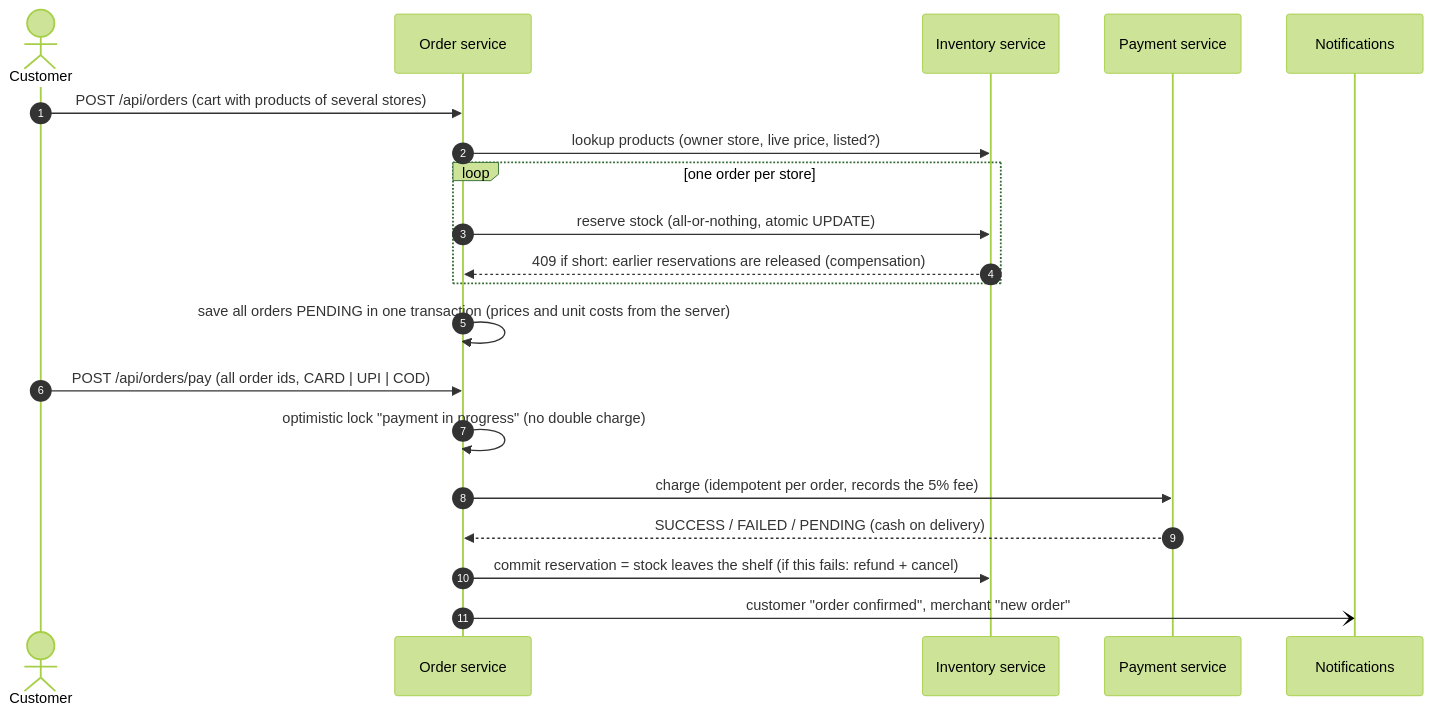
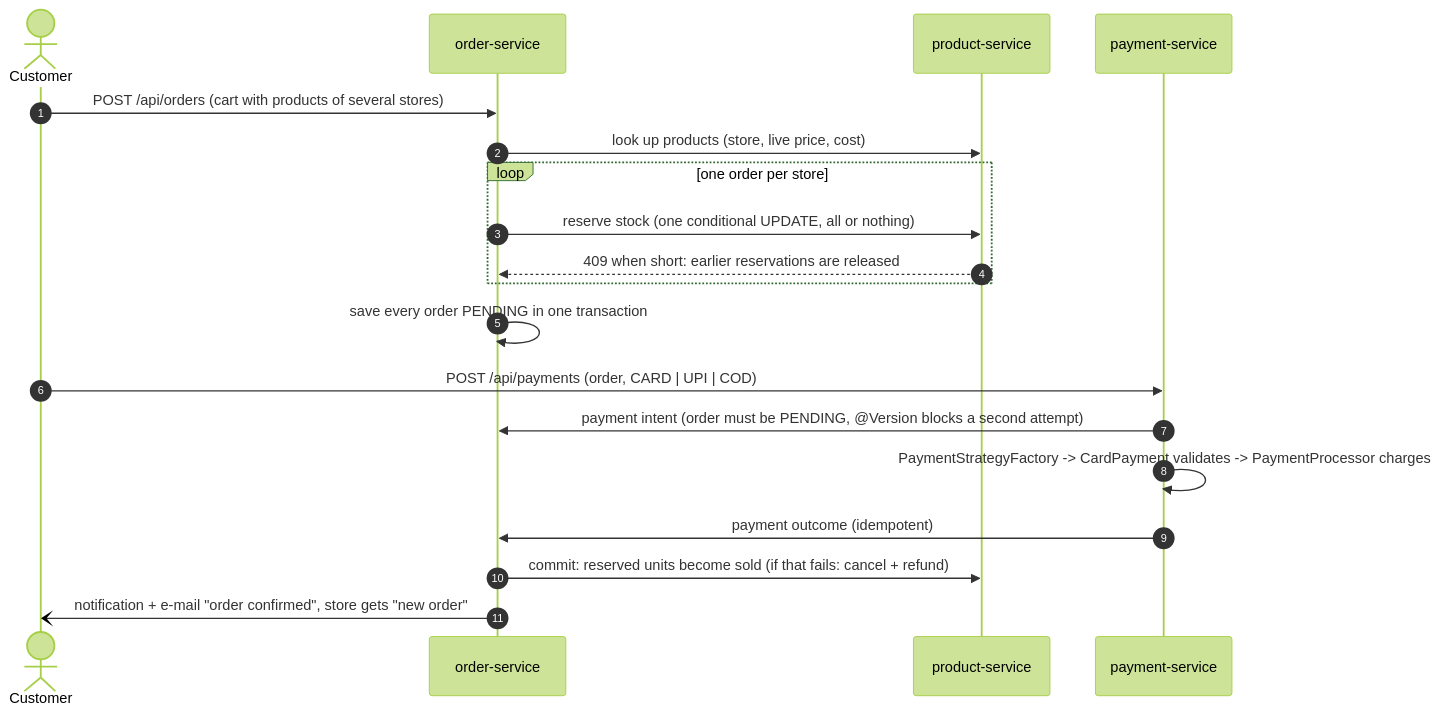
Before and after one commit to kushkumarsriwas/enterprise-order-platform: the second of 3 diagrams in README.md, drawn with Mermaid (forest theme). The commit also changed other lines of this file and 9 other files, not shown here.

````diff
--- a/README.md
+++ b/README.md
@@ -71,22 +98,21 @@
 ```mermaid
 sequenceDiagram
     autonumber
     actor C as Customer
-    participant O as Order service
-    participant I as Inventory service
-    participant P as Payment service
-    participant N as Notifications
+    participant O as order-service
+    participant I as product-service
+    participant P as payment-service
     C->>O: POST /api/orders (cart with products of several stores)
-    O->>I: lookup products (owner store, live price, listed?)
+    O->>I: look up products (store, live price, cost)
     loop one order per store
-        O->>I: reserve stock (all-or-nothing, atomic UPDATE)
-        I-->>O: 409 if short: earlier reservations are released (compensation)
+        O->>I: reserve stock (one conditional UPDATE, all or nothing)
+        I-->>O: 409 when short: earlier reservations are released
     end
-    O->>O: save all orders PENDING in one transaction (prices and unit costs from the server)
-    C->>O: POST /api/orders/pay (all order ids, CARD | UPI | COD)
-    O->>O: optimistic lock "payment in progress" (no double charge)
-    O->>P: charge (idempotent per order, records the 5% fee)
-    P-->>O: SUCCESS / FAILED / PENDING (cash on delivery)
-    O->>I: commit reservation = stock leaves the shelf (if this fails: refund + cancel)
-    O-)N: customer "order confirmed", merchant "new order"
+    O->>O: save every order PENDING in one transaction
+    C->>P: POST /api/payments (order, CARD | UPI | COD)
+    P->>O: payment intent (order must be PENDING, @Version blocks a second attempt)
+    P->>P: PaymentStrategyFactory -> CardPayment validates -> PaymentProcessor charges
+    P->>O: payment outcome (idempotent)
+    O->>I: commit: reserved units become sold (if that fails: cancel + refund)
+    O-)C: notification + e-mail "order confirmed", store gets "new order"
 ```
````
